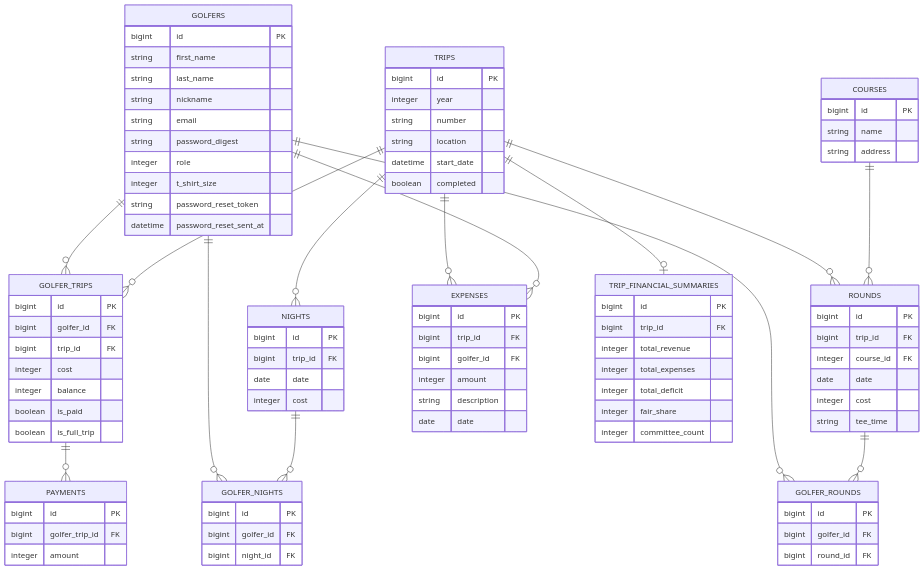
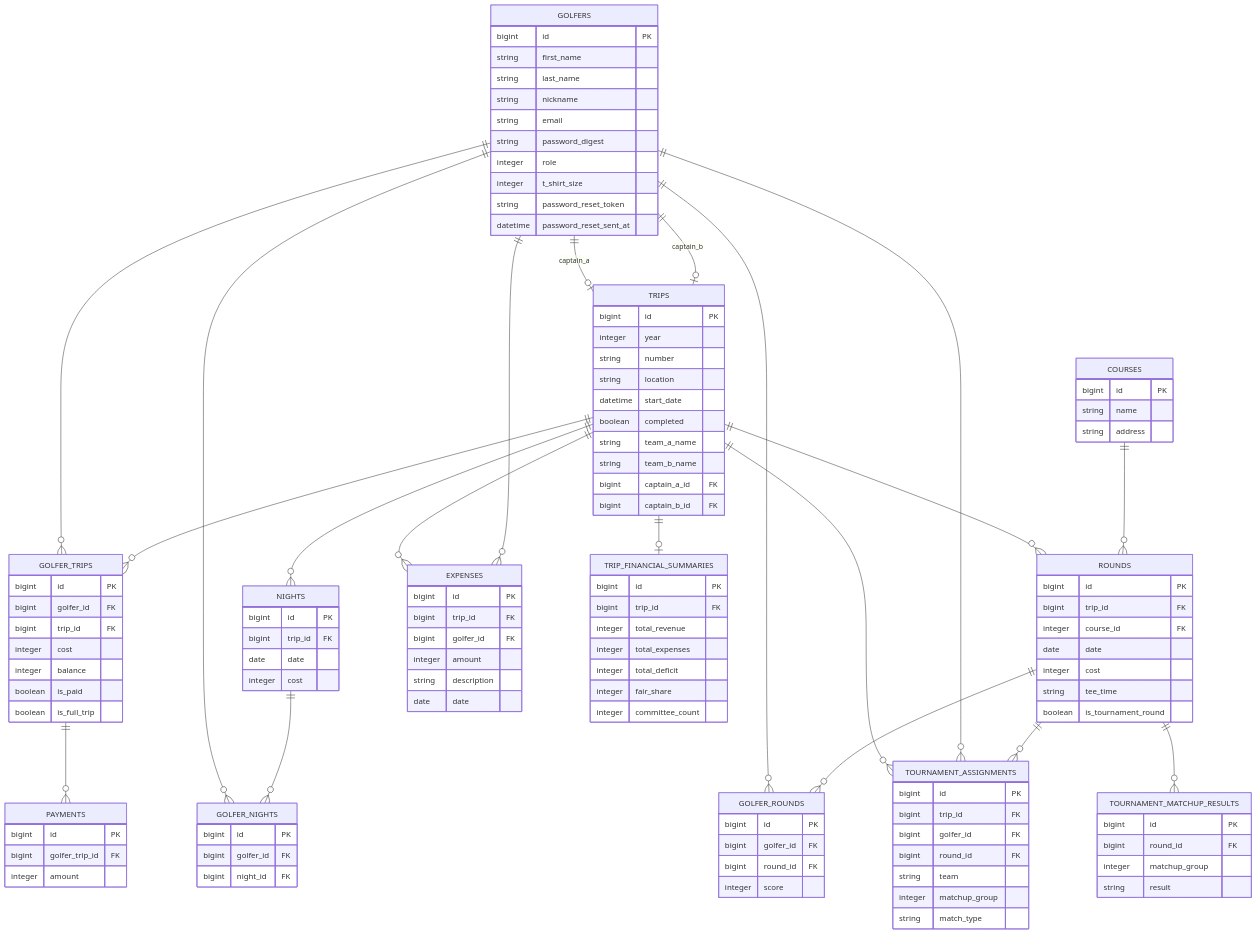
Before and after one commit to James-Harkins/kpc: the diagram in README.md, drawn with Mermaid. The commit also changed other lines of this file and 3 other files, not shown here.

Commit message:
fix: add tournament round marking during trip creation

````diff
--- a/README.md
+++ b/README.md
@@ -75,6 +83,10 @@
         string location
         datetime start_date
         boolean completed
+        string team_a_name
+        string team_b_name
+        bigint captain_a_id FK
+        bigint captain_b_id FK
     }
     NIGHTS {
         bigint id PK
@@ -89,6 +101,7 @@
         date date
         integer cost
         string tee_time
+        boolean is_tournament_round
     }
     COURSES {
         bigint id PK
@@ -113,6 +126,7 @@
         bigint id PK
         bigint golfer_id FK
         bigint round_id FK
+        integer score
     }
     PAYMENTS {
         bigint id PK
@@ -136,6 +150,21 @@
         integer fair_share
         integer committee_count
     }
+    TOURNAMENT_ASSIGNMENTS {
+        bigint id PK
+        bigint trip_id FK
+        bigint golfer_id FK
+        bigint round_id FK
+        string team
+        integer matchup_group
+        string match_type
+    }
+    TOURNAMENT_MATCHUP_RESULTS {
+        bigint id PK
+        bigint round_id FK
+        integer matchup_group
+        string result
+    }
 
     GOLFERS ||--o{ GOLFER_TRIPS : ""
     TRIPS ||--o{ GOLFER_TRIPS : ""
@@ -144,10 +173,16 @@
     TRIPS ||--o{ ROUNDS : ""
     TRIPS ||--o{ EXPENSES : ""
     TRIPS ||--o| TRIP_FINANCIAL_SUMMARIES : ""
+    TRIPS ||--o{ TOURNAMENT_ASSIGNMENTS : ""
     GOLFERS ||--o{ GOLFER_NIGHTS : ""
     NIGHTS ||--o{ GOLFER_NIGHTS : ""
     GOLFERS ||--o{ GOLFER_ROUNDS : ""
     ROUNDS ||--o{ GOLFER_ROUNDS : ""
     GOLFERS ||--o{ EXPENSES : ""
     COURSES ||--o{ ROUNDS : ""
+    GOLFERS ||--o{ TOURNAMENT_ASSIGNMENTS : ""
+    ROUNDS ||--o{ TOURNAMENT_ASSIGNMENTS : ""
+    ROUNDS ||--o{ TOURNAMENT_MATCHUP_RESULTS : ""
+    GOLFERS ||--o| TRIPS : "captain_a"
+    GOLFERS ||--o| TRIPS : "captain_b"
 ```
````
